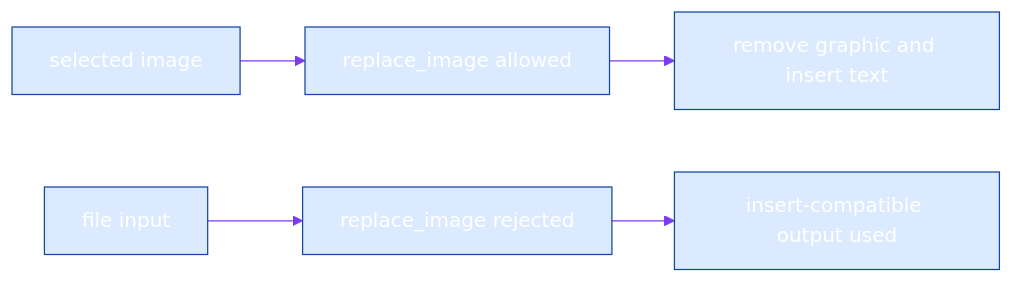
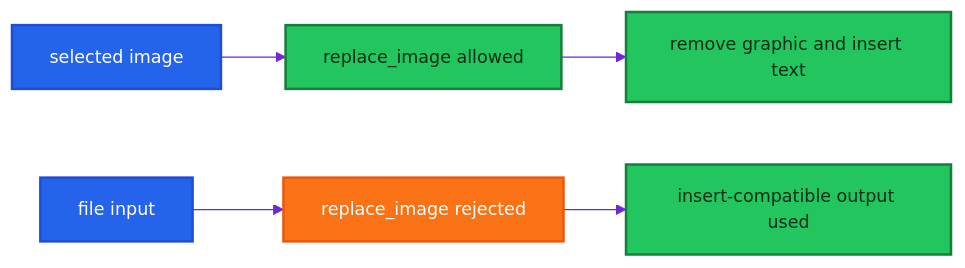
Before and after one commit to varshneydevansh/TejOCR: the second of 2 diagrams in README.md, drawn with Mermaid. The commit also changed other lines of this file, not shown here.

Commit message:
docs(readme): colorize Mermaid diagrams for readable rendering

````diff
--- a/README.md
+++ b/README.md
@@ -104,7 +117,16 @@
 ```mermaid
-%%{init: {"theme":"base","themeVariables":{"primaryColor":"#1f6feb","primaryTextColor":"#ffffff","primaryBorderColor":"#1347a0","lineColor":"#7c3aed","secondaryColor":"#22c55e","tertiaryColor":"#f59e0b","mainBkg":"#dbeafe","background":"#ffffff","textColor":"#0f172a"}}}%%
+%%{init: {"theme":"base","themeVariables":{"lineColor":"#6d28d9","fontSize":"14px","fontFamily":"Inter, Segoe UI, Arial","nodeTextColor":"#111827","textColor":"#111827","lineWidth":"2","signalColor":"#0f766e"}}}%%
 flowchart LR
   A["selected image"] --> B["replace_image allowed"]
   B --> C["remove graphic and insert text"]
   D["file input"] --> E["replace_image rejected"] --> F["insert-compatible output used"]
+  classDef image fill:#2563eb,color:#ffffff,stroke:#1d4ed8,stroke-width:2px;
+  classDef action fill:#22c55e,color:#052e16,stroke:#15803d,stroke-width:2px;
+  classDef fallback fill:#f97316,color:#ffffff,stroke:#ea580c,stroke-width:2px;
+  class A image;
+  class B action;
+  class C action;
+  class D image;
+  class E fallback;
+  class F action;
 ```
````
